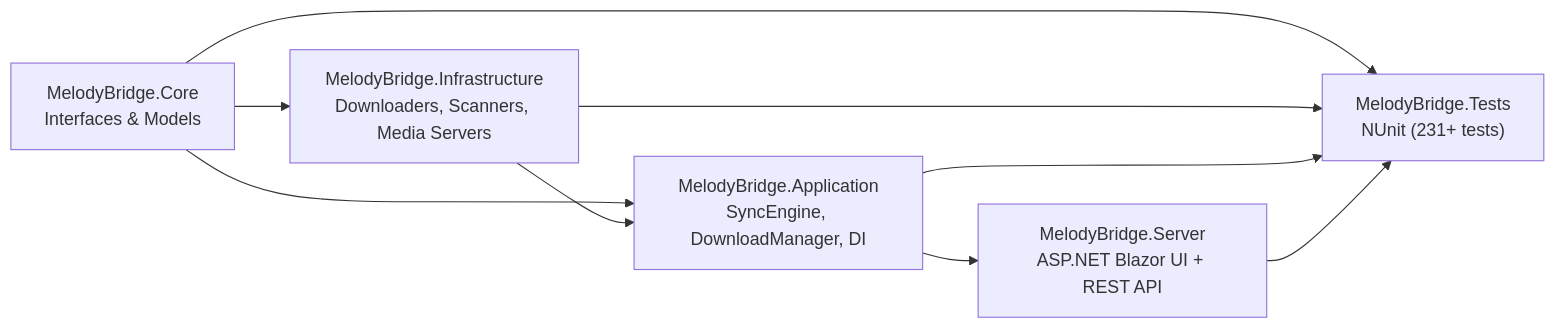
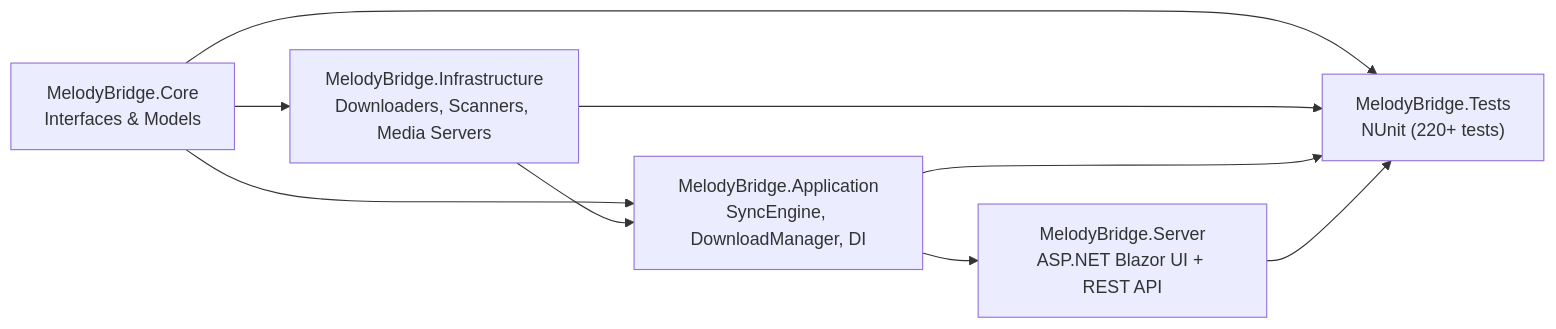
Before and after one commit to warreth/melodybridge: the diagram in docs/index.md, drawn with Mermaid. The commit also changed other lines of this file and 4 other files, not shown here.

````diff
--- a/docs/index.md
+++ b/docs/index.md
@@ -37,17 +37,17 @@
 ```mermaid
 flowchart LR
     Core["MelodyBridge.Core<br/>Interfaces & Models"]
     Infra["MelodyBridge.Infrastructure<br/>Downloaders, Scanners, Media Servers"]
     App["MelodyBridge.Application<br/>SyncEngine, DownloadManager, DI"]
     Server["MelodyBridge.Server<br/>ASP.NET Blazor UI + REST API"]
-    Tests["MelodyBridge.Tests<br/>NUnit (231+ tests)"]
+    Tests["MelodyBridge.Tests<br/>NUnit (220+ tests)"]
 
     Core --> Infra
     Core --> App
     Infra --> App
     App --> Server
     Core --> Tests
     Infra --> Tests
     App --> Tests
     Server --> Tests
 ```
````
